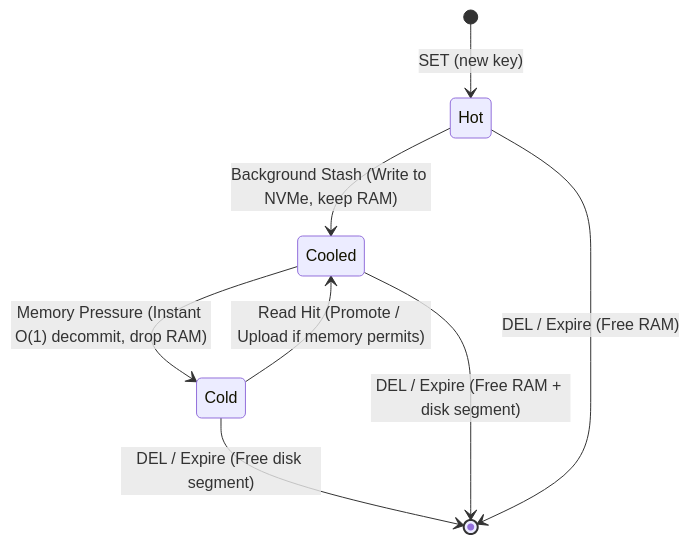
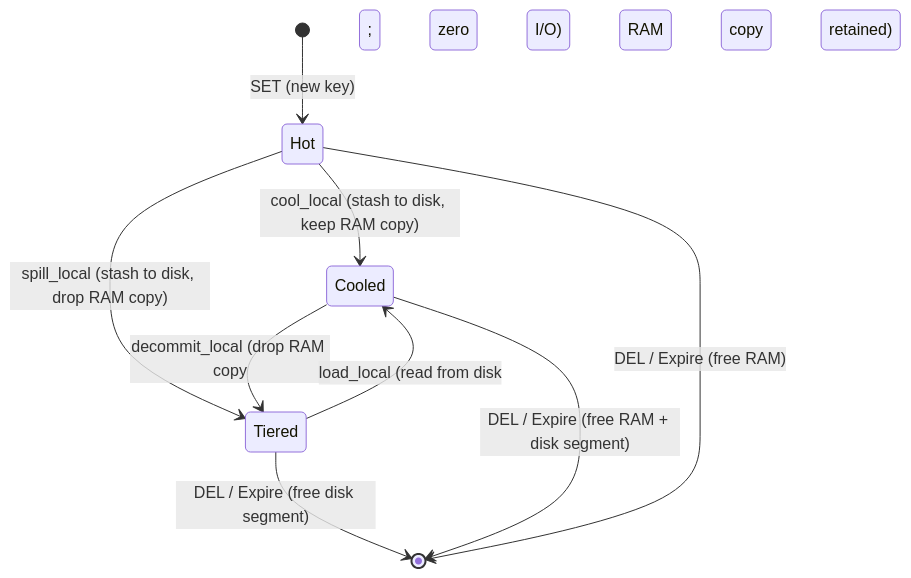
The first of 2 diagrams in docs/design/tiered_storage.md (warrenzhu25/rudis), drawn with Mermaid before and after one commit. The commit also changed other lines of this file and 56 other files, not shown here.

````diff
--- a/docs/design/tiered_storage.md
+++ b/docs/design/tiered_storage.md
@@ -186,10 +165,11 @@
 ```mermaid
 stateDiagram-v2
     [*] --> Hot: SET (new key)
-    Hot --> Cooled: Background Stash (Write to NVMe, keep RAM)
-    Cooled --> Cold: Memory Pressure (Instant O(1) decommit, drop RAM)
-    Cold --> Cooled: Read Hit (Promote / Upload if memory permits)
-    Cold --> [*]: DEL / Expire (Free disk segment)
-    Cooled --> [*]: DEL / Expire (Free RAM + disk segment)
-    Hot --> [*]: DEL / Expire (Free RAM)
+    Hot --> Cooled: cool_local (stash to disk, keep RAM copy)
+    Hot --> Tiered: spill_local (stash to disk, drop RAM copy)
+    Cooled --> Tiered: decommit_local (drop RAM copy; zero I/O)
+    Tiered --> Cooled: load_local (read from disk; RAM copy retained)
+    Tiered --> [*]: DEL / Expire (free disk segment)
+    Cooled --> [*]: DEL / Expire (free RAM + disk segment)
+    Hot --> [*]: DEL / Expire (free RAM)
 ```
````
